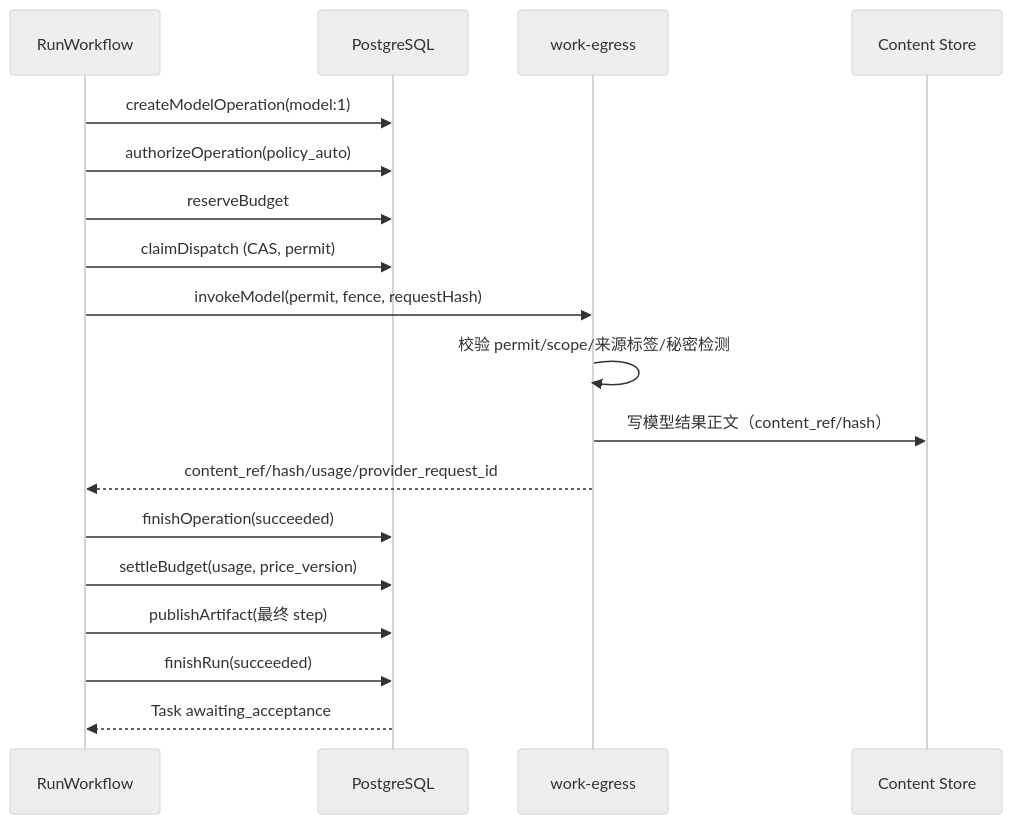
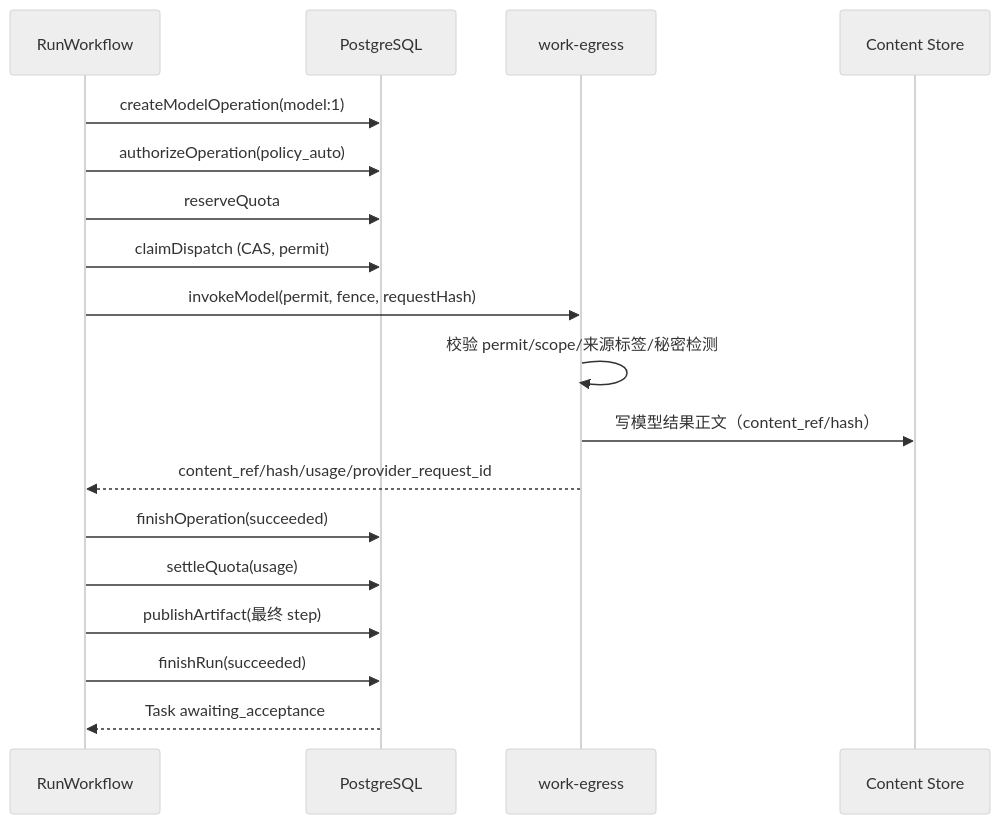
Before and after one commit to John-Shao/we-meet: the second of 4 diagrams in docs/plan/work-r0a-orchestration-design-2026-10-25.md, drawn with Mermaid (neutral theme). The commit also changed other lines of this file and 32 other files, not shown here.

````diff
--- a/docs/plan/work-r0a-orchestration-design-2026-10-25.md
+++ b/docs/plan/work-r0a-orchestration-design-2026-10-25.md
@@ -169,20 +169,20 @@
 ```mermaid
 sequenceDiagram
   participant W as RunWorkflow
   participant D as PostgreSQL
   participant E as work-egress
   participant C as Content Store
   W->>D: createModelOperation(model:1)
   W->>D: authorizeOperation(policy_auto)
-  W->>D: reserveBudget
+  W->>D: reserveQuota
   W->>D: claimDispatch (CAS, permit)
   W->>E: invokeModel(permit, fence, requestHash)
   E->>E: 校验 permit/scope/来源标签/秘密检测
   E->>C: 写模型结果正文（content_ref/hash）
   E-->>W: content_ref/hash/usage/provider_request_id
   W->>D: finishOperation(succeeded)
-  W->>D: settleBudget(usage, price_version)
+  W->>D: settleQuota(usage)
   W->>D: publishArtifact(最终 step)
   W->>D: finishRun(succeeded)
   D-->>W: Task awaiting_acceptance
 ```
````
